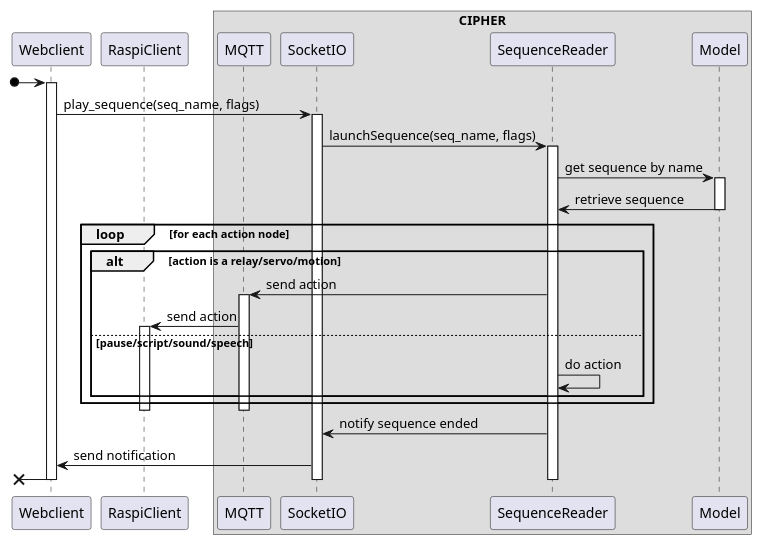
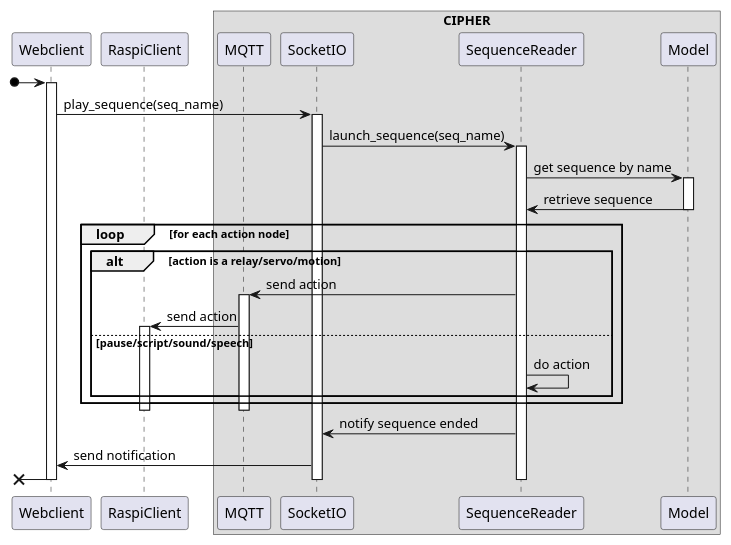
Before and after one commit to valorun/CIPHER: the diagram in docs/diagrams/src/sequence.pu, drawn with PlantUML. The commit also changed 4 other files, not shown here.

```diff
--- a/docs/diagrams/src/sequence.pu
+++ b/docs/diagrams/src/sequence.pu
@@ -1,42 +1,42 @@
 @startuml sequence
 
 [o-> Webclient
 activate Webclient
-Webclient -> SocketIO : play_sequence(seq_name, flags)
+Webclient -> SocketIO : play_sequence(seq_name)
 activate SocketIO
 
-SocketIO -> SequenceReader : launchSequence(seq_name, flags)
+SocketIO -> SequenceReader : launch_sequence(seq_name)
 activate SequenceReader
 
 SequenceReader -> Model : get sequence by name
 activate Model
 Model -> SequenceReader : retrieve sequence
 deactivate Model
 
 loop for each action node
     alt action is a relay/servo/motion
         SequenceReader -> MQTT : send action
         activate MQTT
         MQTT -> RaspiClient : send action
         activate RaspiClient
     else pause/script/sound/speech
         SequenceReader -> SequenceReader : do action
     end
 end
 deactivate MQTT
 deactivate RaspiClient
 SequenceReader -> SocketIO : notify sequence ended
 SocketIO -> Webclient : send notification
 
 [x<- Webclient
 
 box CIPHER
     participant MQTT
     participant SocketIO
     participant SequenceReader
     participant Model
 end box
 deactivate SequenceReader
 deactivate SocketIO
 deactivate Webclient
 @enduml
```
